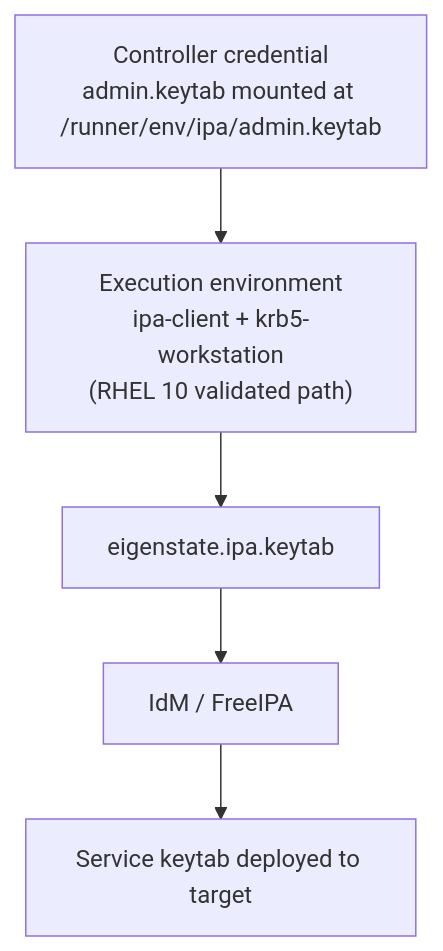
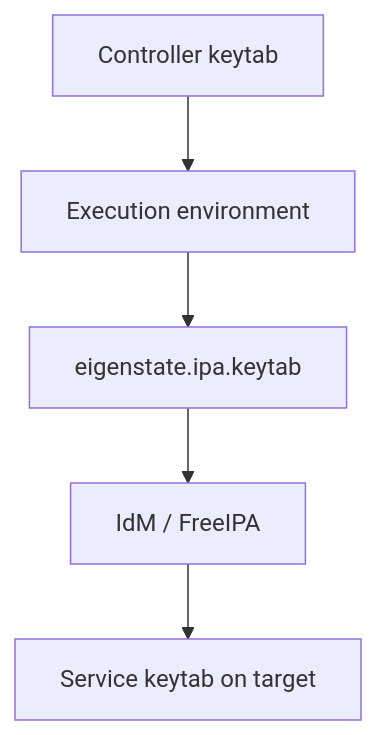
The seventh of 7 diagrams in docs/keytab-use-cases.md (gprocunier/eigenstate-ipa), drawn with Mermaid before and after one commit. The commit also changed other lines of this file and 12 other files, not shown here.

Commit message:
Clean up Mermaid diagrams across docs

````diff
--- a/docs/keytab-use-cases.md
+++ b/docs/keytab-use-cases.md
@@ -409,13 +412,13 @@
 ```mermaid
 flowchart TD
-    cred["Controller credential\nadmin.keytab mounted at /runner/env/ipa/admin.keytab"]
-    ee["Execution environment\nipa-client + krb5-workstation\n(RHEL 10 validated path)"]
+    cred["Controller keytab"]
+    ee["Execution environment"]
     lookup["eigenstate.ipa.keytab"]
     idm["IdM / FreeIPA"]
-    deployed["Service keytab deployed to target"]
+    deployed["Service keytab on target"]
 
     cred --> ee
     ee --> lookup
     lookup --> idm
     idm --> deployed
 ```
````
